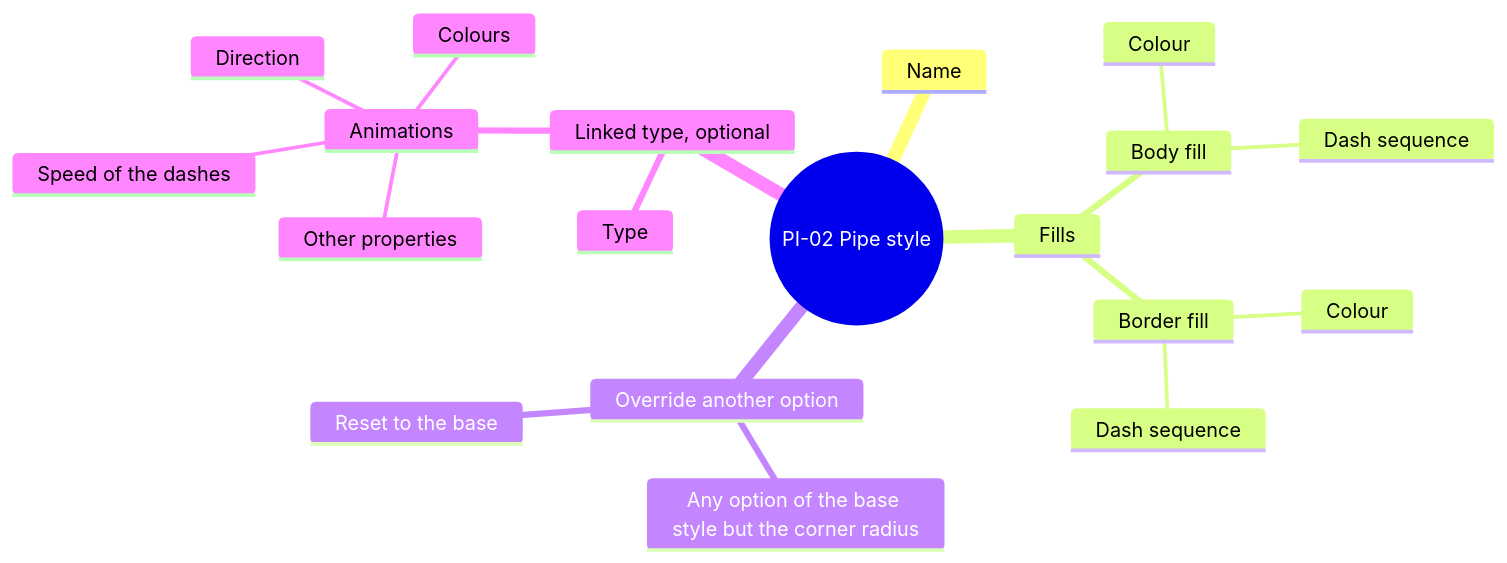
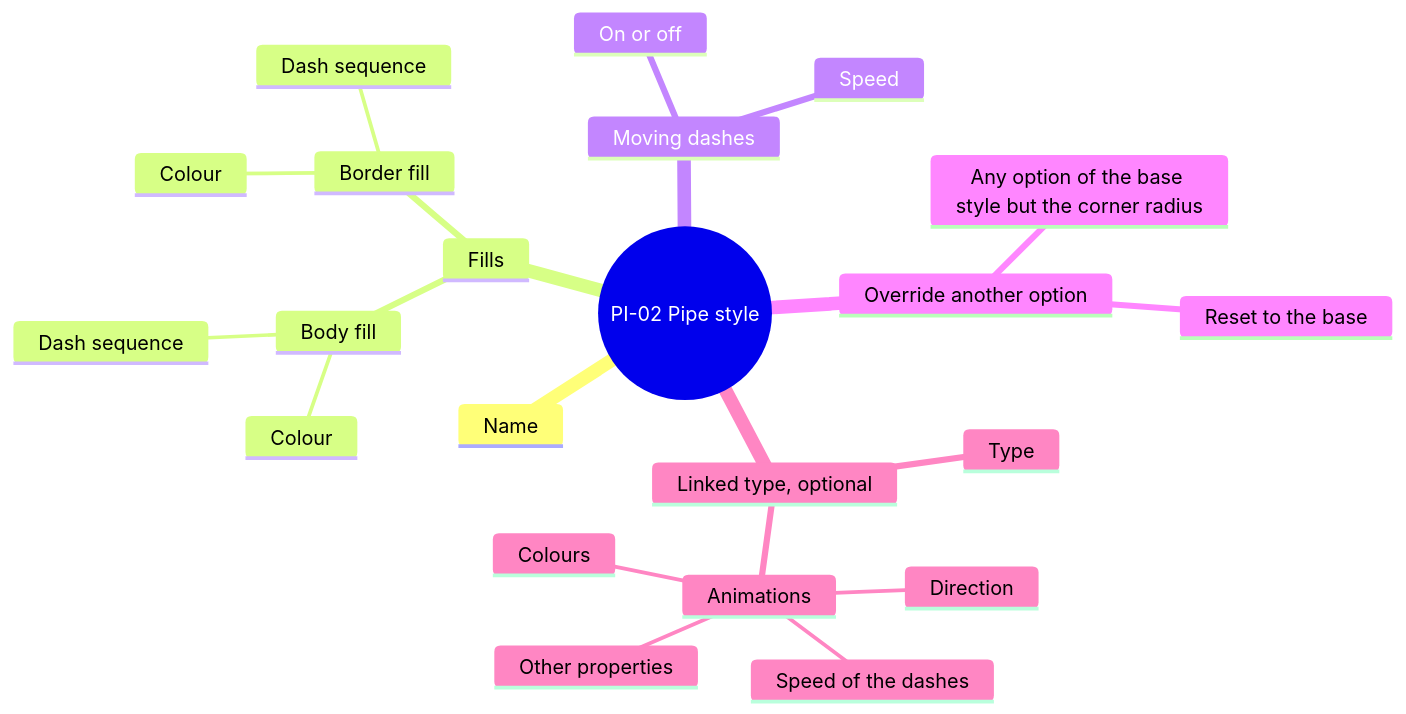
The fourth of 8 diagrams in screens/pipes.md (AlexandreGallais/synoptic-studio-spec), drawn with Mermaid before and after one commit. The commit also changed other lines of this file and 5 other files, not shown here.

First line of the commit message:
docs(pipes): move moving dashes to pipe styles and list built-in enums first

````diff
--- a/screens/pipes.md
+++ b/screens/pipes.md
@@ -96,22 +93,25 @@
 ```mermaid
 mindmap
   root((PI-02 Pipe style))
     Name
     Fills
       Body fill
         Colour
         Dash sequence
       Border fill
         Colour
         Dash sequence
+    Moving dashes
+      On or off
+      Speed
     Override another option
       Any option of the base style but the corner radius
       Reset to the base
     Linked type, optional
       Type
       Animations
         Speed of the dashes
         Direction
         Colours
         Other properties
 ```
````
